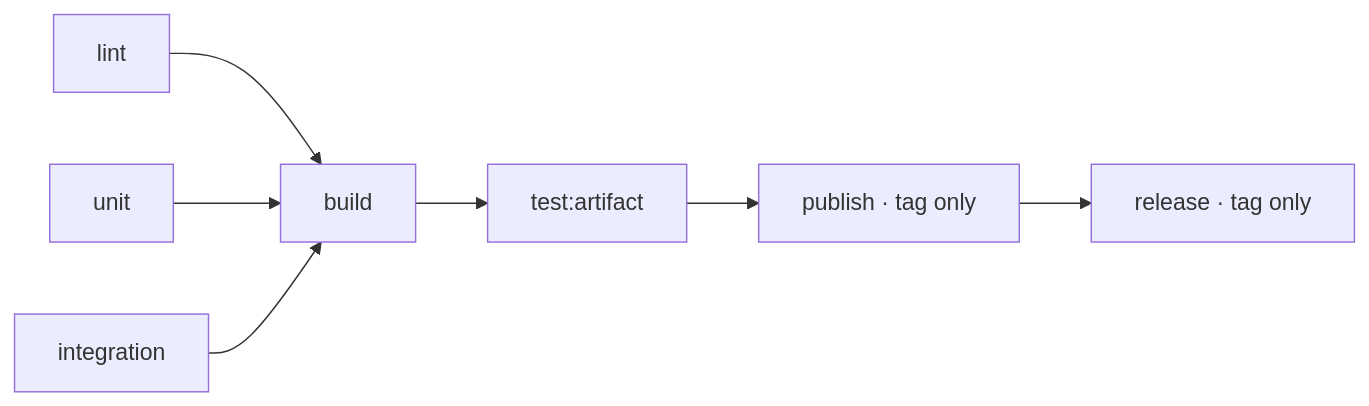
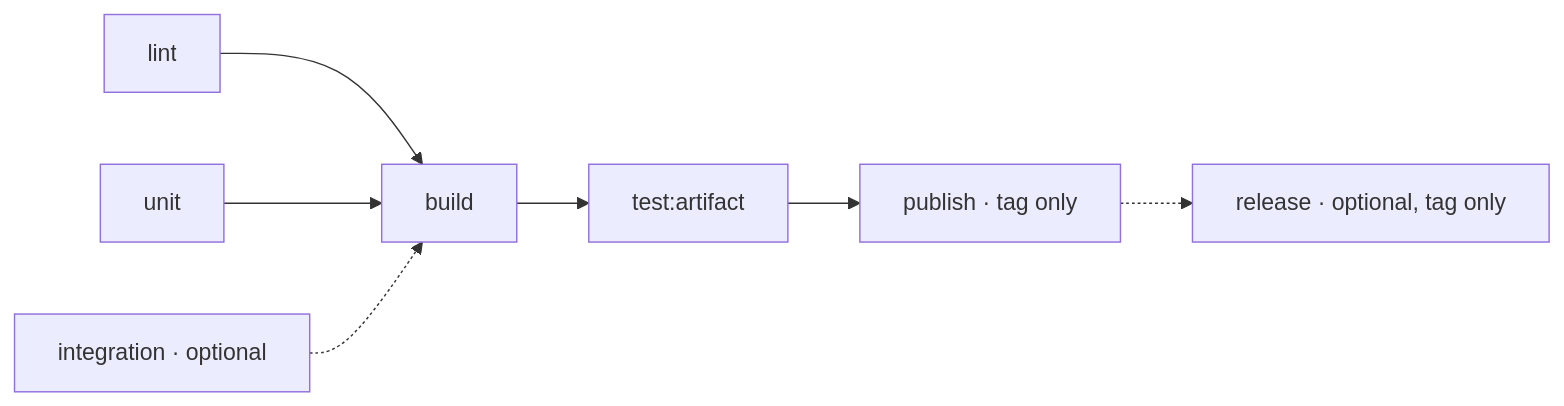
The first of 2 diagrams in docs/optional-steps.md (RevoTale/ci), drawn with Mermaid before and after one commit. The commit also changed other lines of this file and 5 other files, not shown here.

````diff
--- a/docs/optional-steps.md
+++ b/docs/optional-steps.md
@@ -22,9 +22,9 @@
 ```mermaid
 flowchart LR
     L["lint"] --> B["build"]
     U["unit"] --> B
-    I["integration"] --> B
+    I["integration · optional"] -.-> B
     B --> A["test:artifact"]
     A --> P["publish · tag only"]
-    P --> R["release · tag only"]
+    P -.-> R["release · optional, tag only"]
 ```
````
